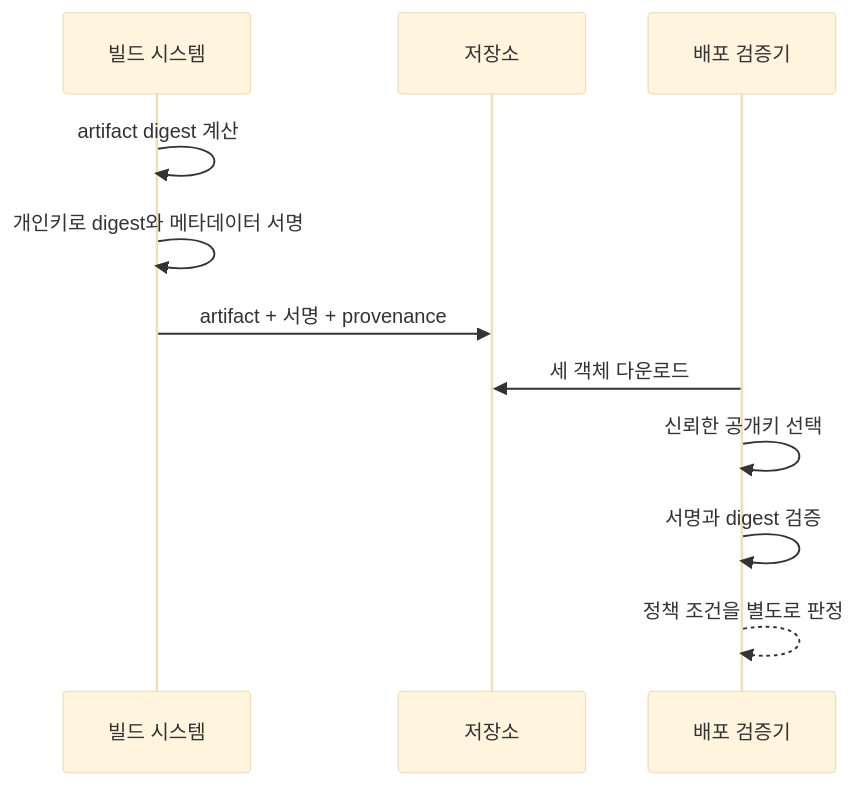
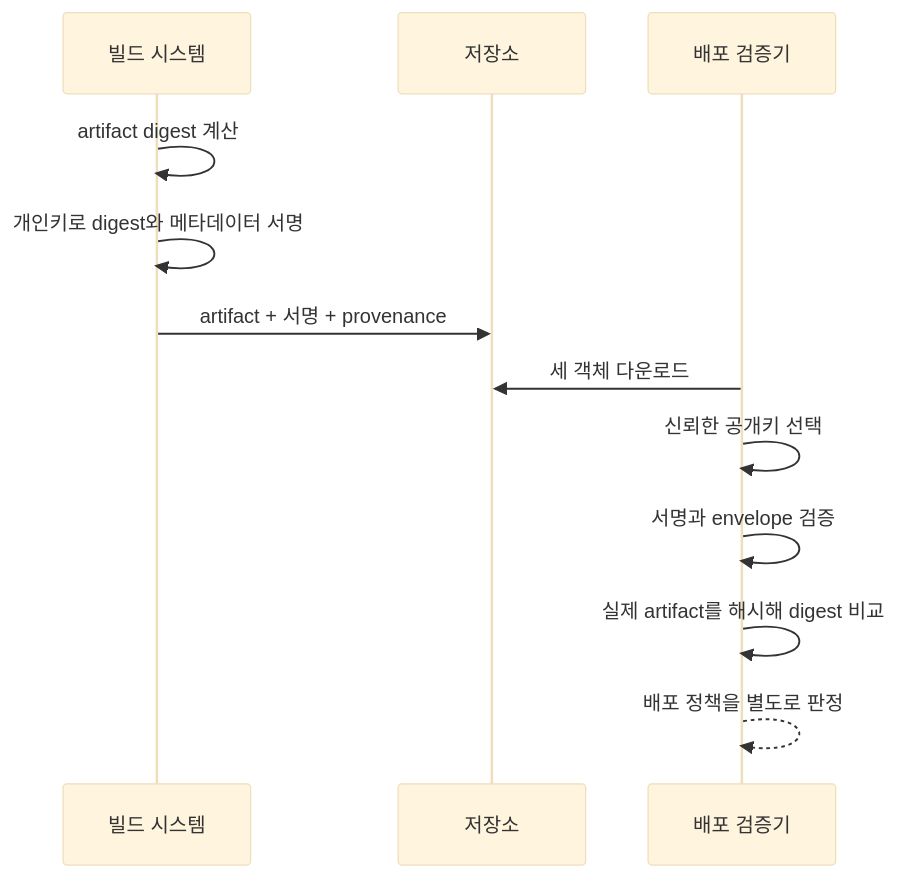
One commit to mj006648/netai-devsecops-runbook changed the diagram in learning/security-cryptography/04-hashes-macs-and-signatures.md. Above: the diagram before and after it, drawn with Mermaid (base theme). The commit also changed other lines of this file and 55 other files, not shown here.

````diff
--- a/learning/security-cryptography/04-hashes-macs-and-signatures.md
+++ b/learning/security-cryptography/04-hashes-macs-and-signatures.md
@@ -57,13 +99,14 @@
 ```mermaid
 sequenceDiagram
     participant B as 빌드 시스템
     participant R as 저장소
     participant V as 배포 검증기
     B->>B: artifact digest 계산
     B->>B: 개인키로 digest와 메타데이터 서명
     B->>R: artifact + 서명 + provenance
     V->>R: 세 객체 다운로드
     V->>V: 신뢰한 공개키 선택
-    V->>V: 서명과 digest 검증
-    V-->>V: 정책 조건을 별도로 판정
+    V->>V: 서명과 envelope 검증
+    V->>V: 실제 artifact를 해시해 digest 비교
+    V-->>V: 배포 정책을 별도로 판정
 ```
````
